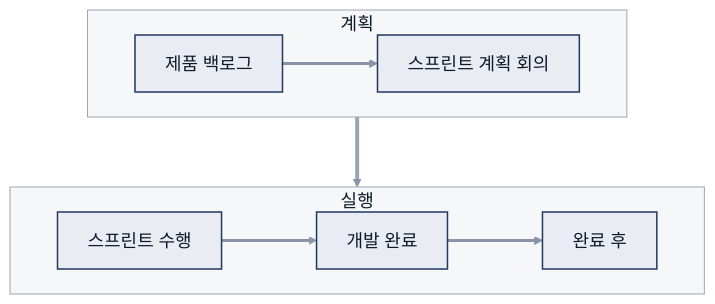
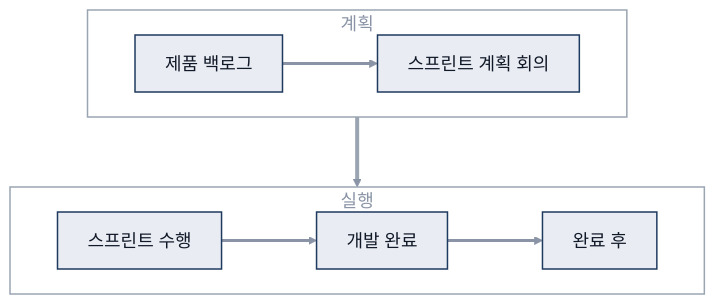
The seventh of 7 diagrams in study_archive/software_engineering/01_dev_process.md (Jenny5789/python), drawn with Mermaid before and after one commit. The commit also changed other lines of this file and 16 other files, not shown here.

````diff
--- a/study_archive/software_engineering/01_dev_process.md
+++ b/study_archive/software_engineering/01_dev_process.md
@@ -194,18 +196,18 @@
 ```mermaid
 %%{init: {'theme': 'base', 'themeVariables': {'fontSize': '18px', 'primaryColor': '#E9EDF3', 'primaryBorderColor': '#1F3A5F', 'primaryTextColor': '#111827', 'lineColor': '#8A94A6', 'secondaryColor': '#F3F4F6', 'tertiaryColor': '#F3F4F6', 'clusterBkg': '#F6F7F9', 'clusterBorder': '#9AA5B1', 'edgeLabelBackground': '#E9EDF3'}, 'flowchart': {'nodeSpacing': 30, 'rankSpacing': 70}}}%%
 flowchart TD
   classDef default fill:#E9EDF3,stroke:#1F3A5F,stroke-width:1.5px,color:#111827
   linkStyle default stroke:#8A94A6,stroke-width:3px,color:#111827
   subgraph S1["계획"]
     direction LR
     A["제품 백로그"] --> B["스프린트 계획 회의"]
   end
   subgraph S2["실행"]
     direction LR
     C["스프린트 수행"] --> D["개발 완료"] --> E["완료 후"]
   end
   S1 --> S2
-  style S1 fill:#F6F7F9,stroke:#9AA5B1,color:#111827
-  style S2 fill:#F6F7F9,stroke:#9AA5B1,color:#111827
+  style S1 fill:none,stroke:#9AA5B1,stroke-width:1.5px,color:#8A94A6
+  style S2 fill:none,stroke:#9AA5B1,stroke-width:1.5px,color:#8A94A6
   linkStyle 3 stroke:#9AA5B1,stroke-width:4px
 ```
````
